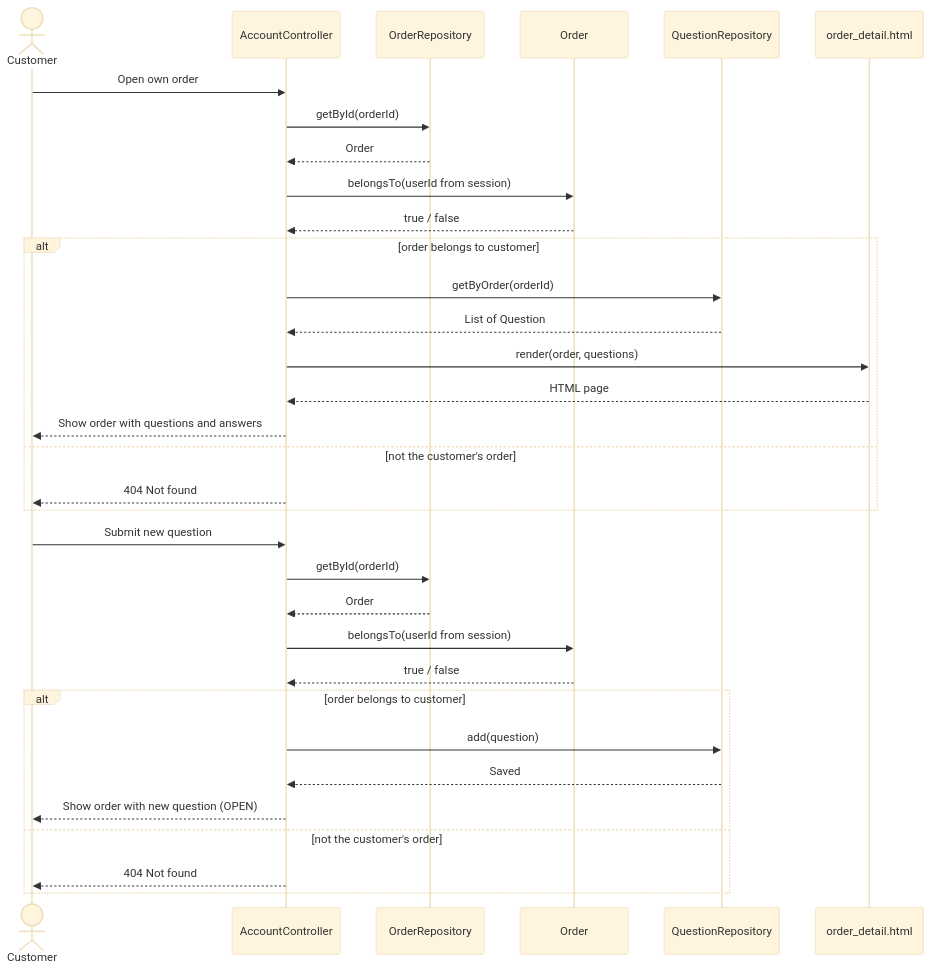
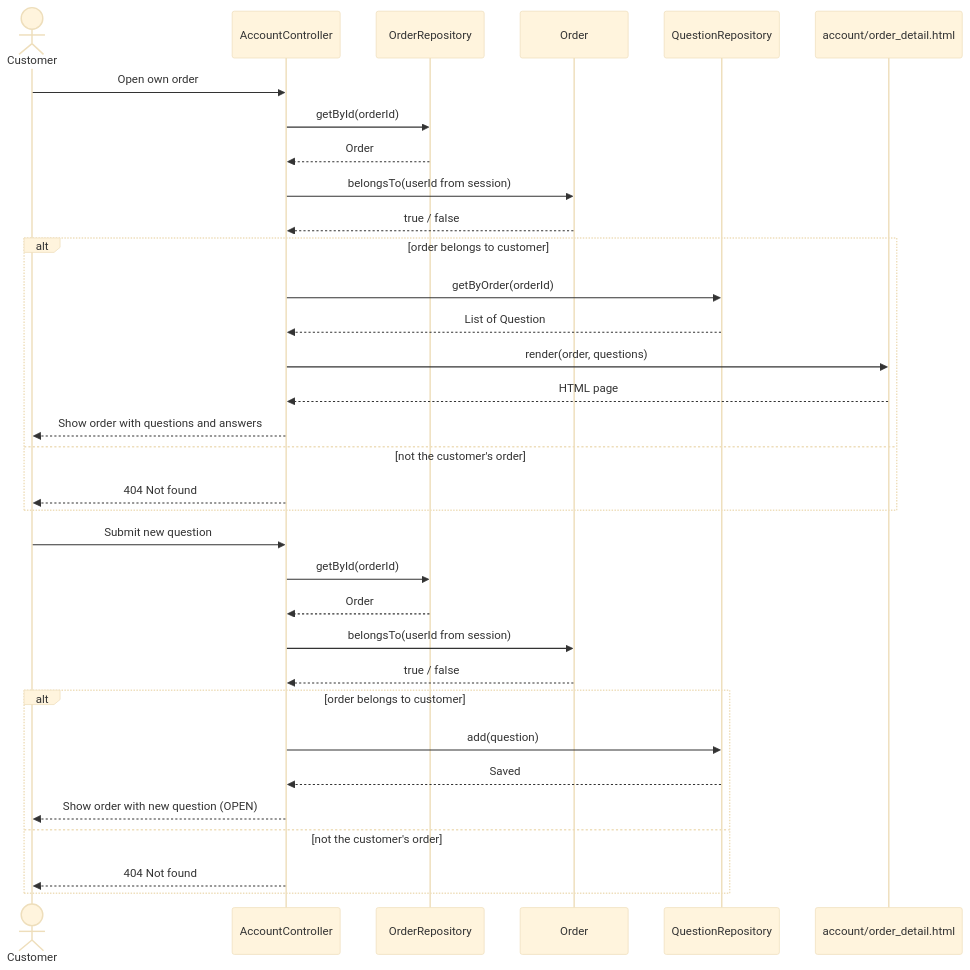
The diagram in docs/plans/c5-qa-sequence.md (vikri8772/assignment4), drawn with Mermaid (base theme) before and after one commit.

Commit message:
Put the form in the account folder

````diff
--- a/docs/plans/c5-qa-sequence.md
+++ b/docs/plans/c5-qa-sequence.md
@@ -1,37 +1,37 @@
 ```mermaid
 sequenceDiagram
     actor Customer
     participant AccountController
     participant OrderRepository
     participant Order
     participant QuestionRepository
-    participant OrderTemplate as order_detail.html
+    participant OrderTemplate as account/order_detail.html
 
     Customer->>AccountController: Open own order
     AccountController->>OrderRepository: getById(orderId)
     OrderRepository-->>AccountController: Order
     AccountController->>Order: belongsTo(userId from session)
     Order-->>AccountController: true / false
     alt order belongs to customer
         AccountController->>QuestionRepository: getByOrder(orderId)
         QuestionRepository-->>AccountController: List of Question
         AccountController->>OrderTemplate: render(order, questions)
         OrderTemplate-->>AccountController: HTML page
         AccountController-->>Customer: Show order with questions and answers
     else not the customer's order
         AccountController-->>Customer: 404 Not found
     end
 
     Customer->>AccountController: Submit new question
     AccountController->>OrderRepository: getById(orderId)
     OrderRepository-->>AccountController: Order
     AccountController->>Order: belongsTo(userId from session)
     Order-->>AccountController: true / false
     alt order belongs to customer
         AccountController->>QuestionRepository: add(question)
         QuestionRepository-->>AccountController: Saved
         AccountController-->>Customer: Show order with new question (OPEN)
     else not the customer's order
         AccountController-->>Customer: 404 Not found
     end
 ```
````
